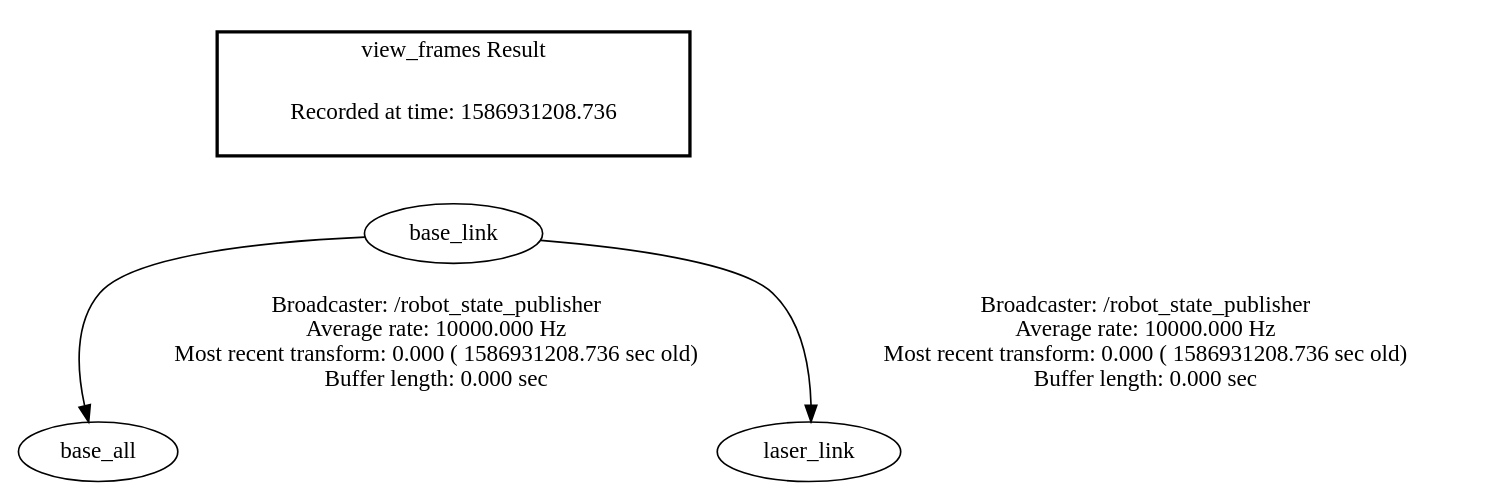
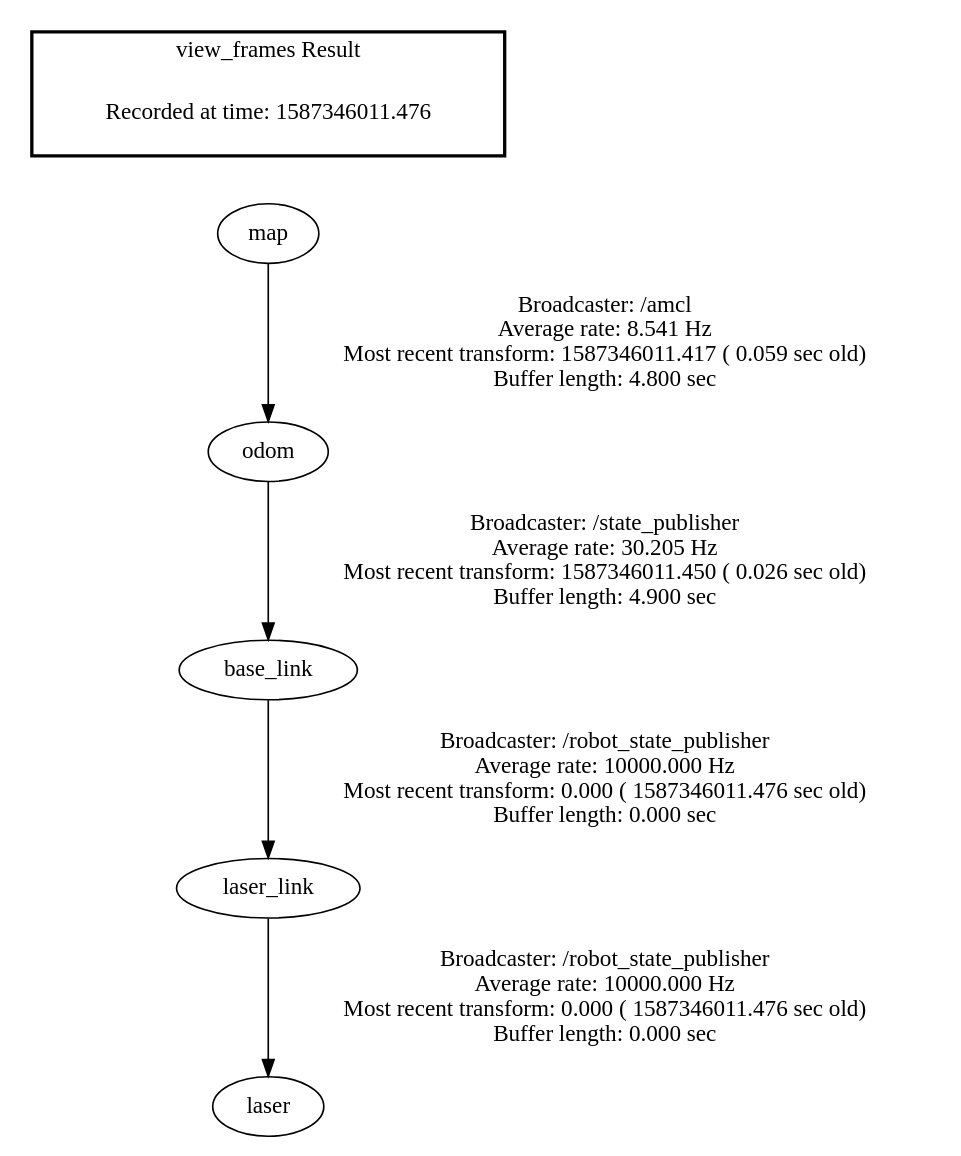
The diagram in catkin_ws/frames.gv (AuroTB/Nav_modules), drawn with Graphviz before and after one commit. The commit also changed 41 other files, not shown here.

```diff
--- a/catkin_ws/frames.gv
+++ b/catkin_ws/frames.gv
@@ -1,8 +1,10 @@
 digraph G {
-"base_link" -> "base_all"[label="Broadcaster: /robot_state_publisher\nAverage rate: 10000.000 Hz\nMost recent transform: 0.000 ( 1586931208.736 sec old)\nBuffer length: 0.000 sec\n"];
-"base_link" -> "laser_link"[label="Broadcaster: /robot_state_publisher\nAverage rate: 10000.000 Hz\nMost recent transform: 0.000 ( 1586931208.736 sec old)\nBuffer length: 0.000 sec\n"];
+"odom" -> "base_link"[label="Broadcaster: /state_publisher\nAverage rate: 30.205 Hz\nMost recent transform: 1587346011.450 ( 0.026 sec old)\nBuffer length: 4.900 sec\n"];
+"map" -> "odom"[label="Broadcaster: /amcl\nAverage rate: 8.541 Hz\nMost recent transform: 1587346011.417 ( 0.059 sec old)\nBuffer length: 4.800 sec\n"];
+"base_link" -> "laser_link"[label="Broadcaster: /robot_state_publisher\nAverage rate: 10000.000 Hz\nMost recent transform: 0.000 ( 1587346011.476 sec old)\nBuffer length: 0.000 sec\n"];
+"laser_link" -> "laser"[label="Broadcaster: /robot_state_publisher\nAverage rate: 10000.000 Hz\nMost recent transform: 0.000 ( 1587346011.476 sec old)\nBuffer length: 0.000 sec\n"];
 edge [style=invis];
  subgraph cluster_legend { style=bold; color=black; label ="view_frames Result";
-"Recorded at time: 1586931208.736"[ shape=plaintext ] ;
- }->"base_link";
+"Recorded at time: 1587346011.476"[ shape=plaintext ] ;
+ }->"map";
 }
```
